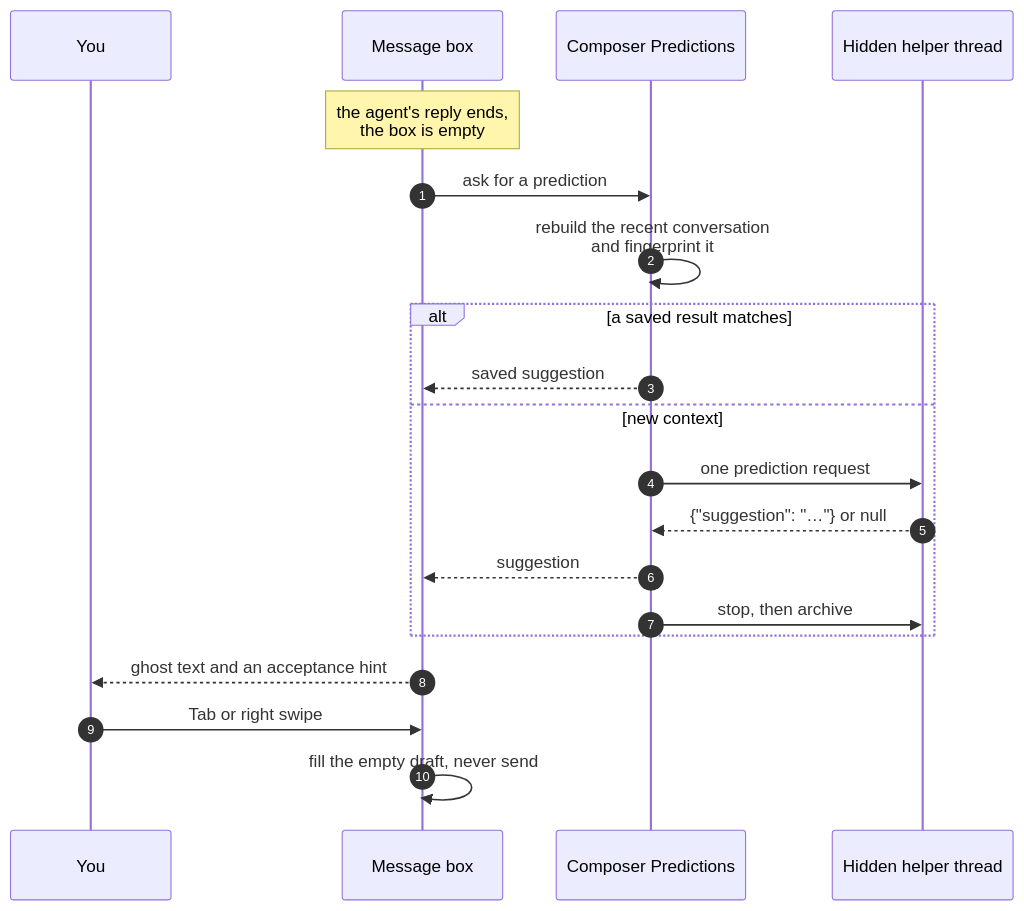
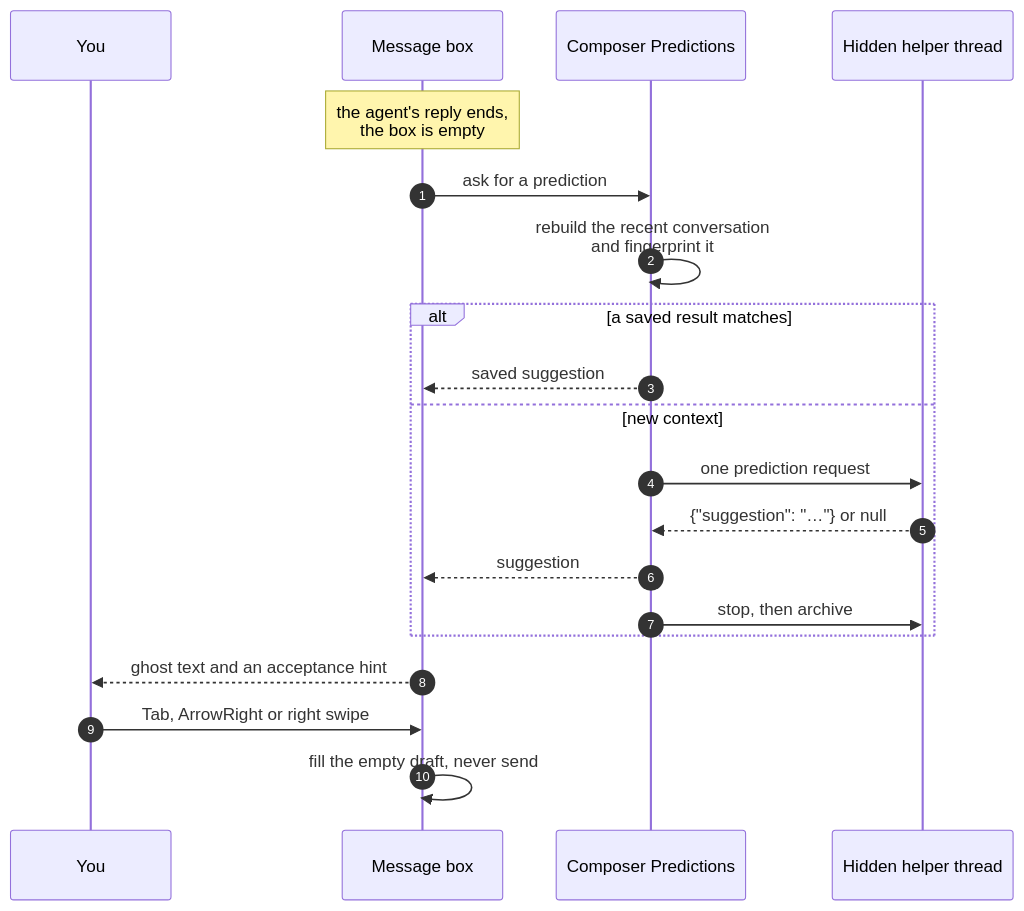
One commit to MacHatter1/bb-plugin-composer-predictions changed the diagram in README.md. Above: the diagram before and after it, drawn with Mermaid. The commit also changed other lines of this file and 6 other files, not shown here.

````diff
--- a/README.md
+++ b/README.md
@@ -163,23 +163,23 @@
 ```mermaid
 sequenceDiagram
     autonumber
     participant You
     participant Composer as Message box
     participant Plugin as Composer Predictions
     participant Helper as Hidden helper thread
 
     Note over Composer: the agent's reply ends,<br/>the box is empty
     Composer->>Plugin: ask for a prediction
     Plugin->>Plugin: rebuild the recent conversation<br/>and fingerprint it
     alt a saved result matches
         Plugin-->>Composer: saved suggestion
     else new context
         Plugin->>Helper: one prediction request
         Helper-->>Plugin: {"suggestion": "…"} or null
         Plugin-->>Composer: suggestion
         Plugin->>Helper: stop, then archive
     end
     Composer-->>You: ghost text and an acceptance hint
-    You->>Composer: Tab or right swipe
+    You->>Composer: Tab, ArrowRight or right swipe
     Composer->>Composer: fill the empty draft, never send
 ```
````
